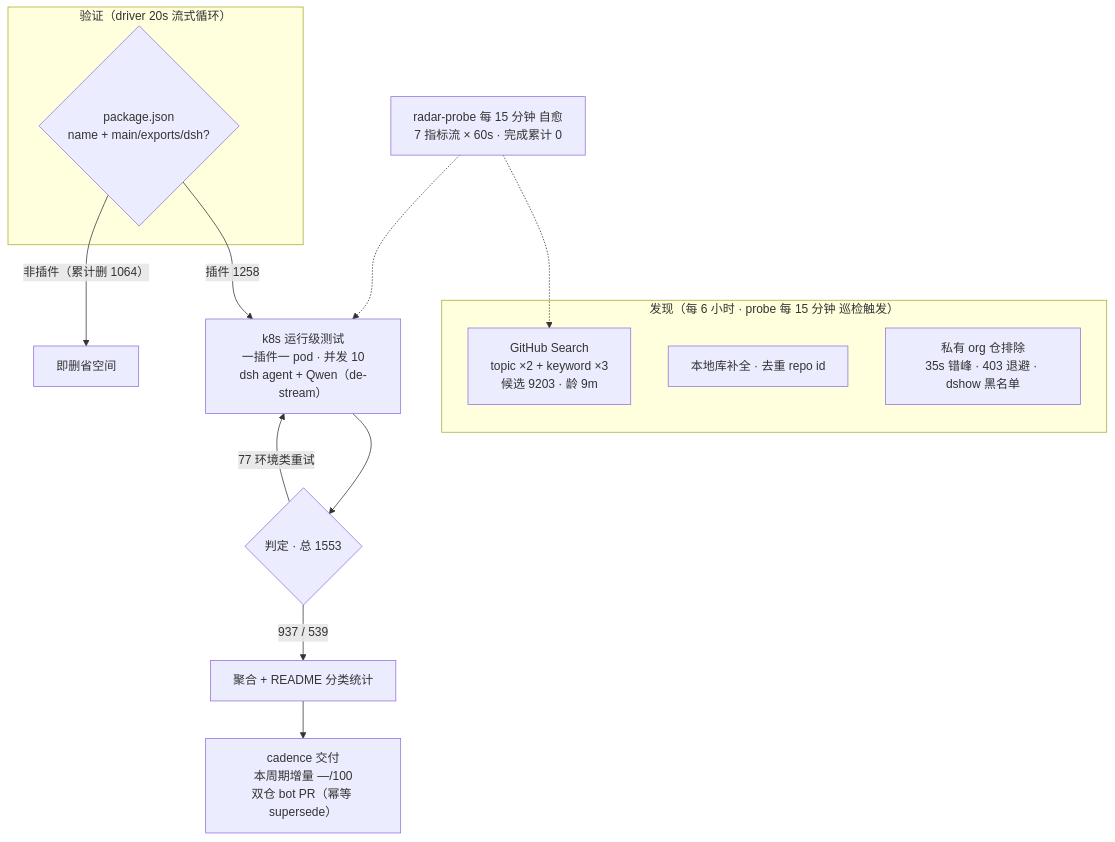
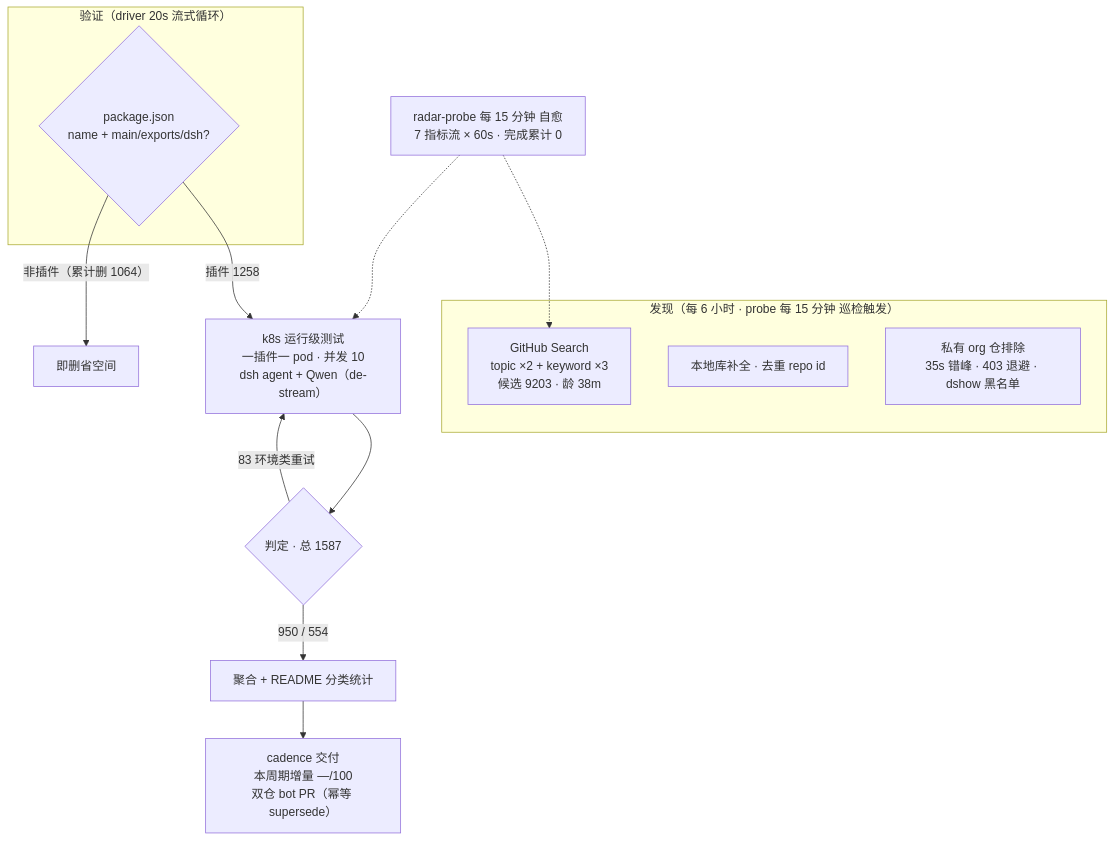
The diagram in README.md (Zhidao-Lab-OSS/awesome-dsh-plugins), drawn with Mermaid before and after one commit. The commit also changed other lines of this file and 1 other file, not shown here.

````diff
--- a/README.md
+++ b/README.md
@@ -30,19 +30,19 @@
 ```mermaid
 flowchart TB
     subgraph Discovery[" 发现（每 6 小时 · probe 每 15 分钟 巡检触发）"]
-        A1["GitHub Search<br/>topic ×2 + keyword ×3<br/>候选 9203 · 龄 9m"]
+        A1["GitHub Search<br/>topic ×2 + keyword ×3<br/>候选 9203 · 龄 38m"]
         A2["本地库补全 · 去重 repo id"]
         A3[" 私有 org 仓排除<br/>35s 错峰 · 403 退避 · dshow 黑名单"]
     end
     subgraph Validation[" 验证（driver 20s 流式循环）"]
         B1{"package.json<br/>name + main/exports/dsh?"}
     end
     B1 -->|"插件 1258"| C1["k8s 运行级测试<br/>一插件一 pod · 并发 10<br/>dsh agent + Qwen（de-stream）"]
     B1 -->|"非插件（累计删 1064）"| B3[" 即删省空间"]
-    C1 --> D1{"判定 · 总 1553"}
-    D1 -->|" 937 /  539"| E1["聚合 + README 分类统计"]
-    D1 -->|" 77 环境类重试"| C1
+    C1 --> D1{"判定 · 总 1587"}
+    D1 -->|" 950 /  554"| E1["聚合 + README 分类统计"]
+    D1 -->|" 83 环境类重试"| C1
     E1 --> E2["cadence 交付<br/>本周期增量 —/100<br/>双仓 bot PR（幂等 supersede）"]
     M[" radar-probe 每 15 分钟 自愈<br/>7 指标流 × 60s · 完成累计 0"] -.-> A1
     M -.-> C1
 ```
````
